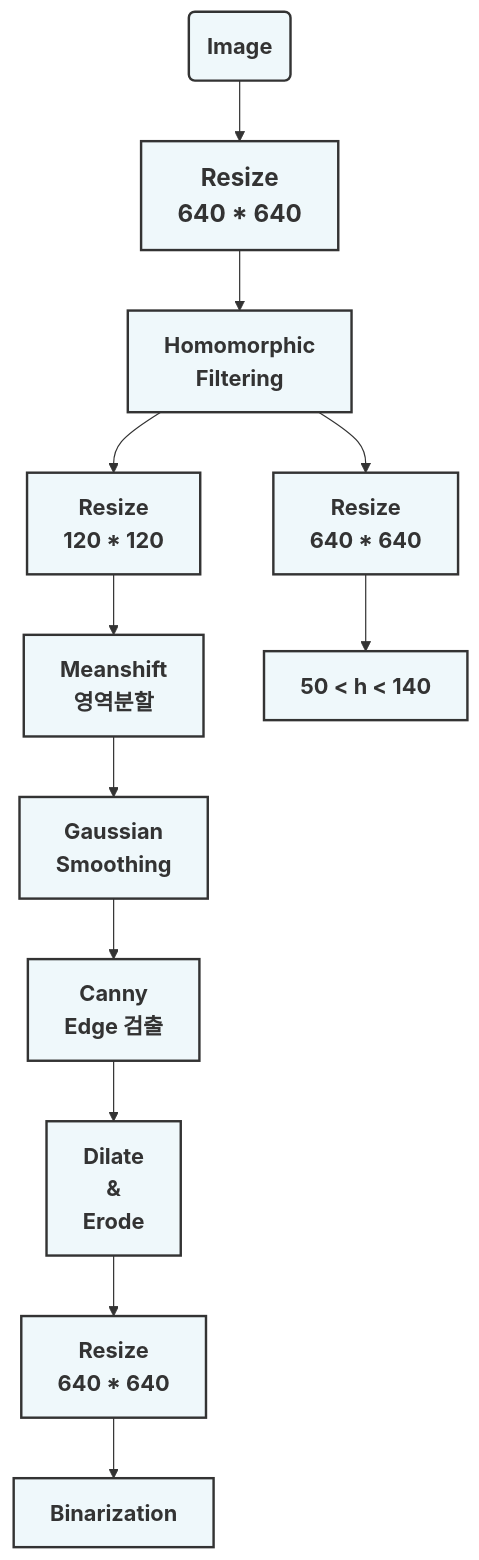
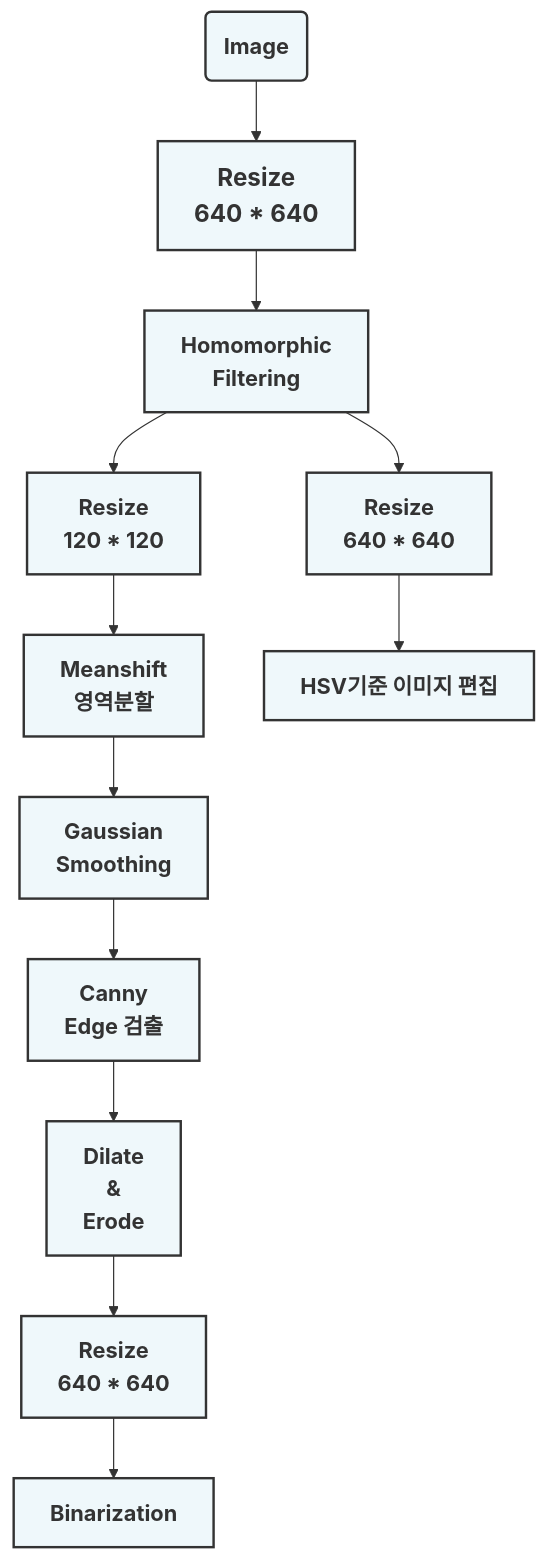
One commit to 201710808/-p changed the second of 2 diagrams in Readme.md. Above: the diagram before and after it, drawn with Mermaid.

````diff
--- a/Readme.md
+++ b/Readme.md
@@ -13,30 +13,30 @@
 ```mermaid
 graph
 A(<b><span style='font-size:18px'>Image</span></b>)-->B[<b><span style='font-size:20px'>Resize<br>640 * 640</span></b>]
 B-->C[<b><span style='font-size:18px'>Homomorphic<br>Filtering</span></b>]
 C-->D1[<b><span style='font-size:18px'>Resize<br>120 * 120</span></b>]
 D1-->E1[<b><span style='font-size:18px'>Meanshift<br>영역분할</span></b>]
 E1-->F[<b><span style='font-size:18px'>Gaussian<br>Smoothing</span></b>]
 F-->G[<b><span style='font-size:18px'>Canny<br>Edge 검출</span></b>]
 G-->H[<b><span style='font-size:18px'>Dilate<br>&<br>Erode</span></b>]
 H-->I[<b><span style='font-size:18px'>Resize<br>640 * 640</span></b>]
 I-->J[<b><span style='font-size:18px'>Binarization</span></b>]
 
 C-->D2[<b><span style='font-size:18px'>Resize<br>640 * 640</span></b>]
-D2-->E2[<b><span style='font-size:18px'>50 < h < 140</span></b>]
+D2-->E2[<b><span style='font-size:18px'>HSV기준 이미지 편집</span></b>]
 
 
 style A fill:#EFF8FB ,stroke:#333,stroke-width:2px
 style B fill:#EFF8FB ,stroke:#333,stroke-width:2px
 style C fill:#EFF8FB ,stroke:#333,stroke-width:2px
 style D1 fill:#EFF8FB ,stroke:#333,stroke-width:2px
 style E1 fill:#EFF8FB ,stroke:#333,stroke-width:2px
 style F fill:#EFF8FB ,stroke:#333,stroke-width:2px
 style G fill:#EFF8FB ,stroke:#333,stroke-width:2px
 style H fill:#EFF8FB ,stroke:#333,stroke-width:2px
 style I fill:#EFF8FB ,stroke:#333,stroke-width:2px
 style J fill:#EFF8FB ,stroke:#333,stroke-width:2px
 
 style D2 fill:#EFF8FB ,stroke:#333,stroke-width:2px
 style E2 fill:#EFF8FB ,stroke:#333,stroke-width:2px
 ```
````
